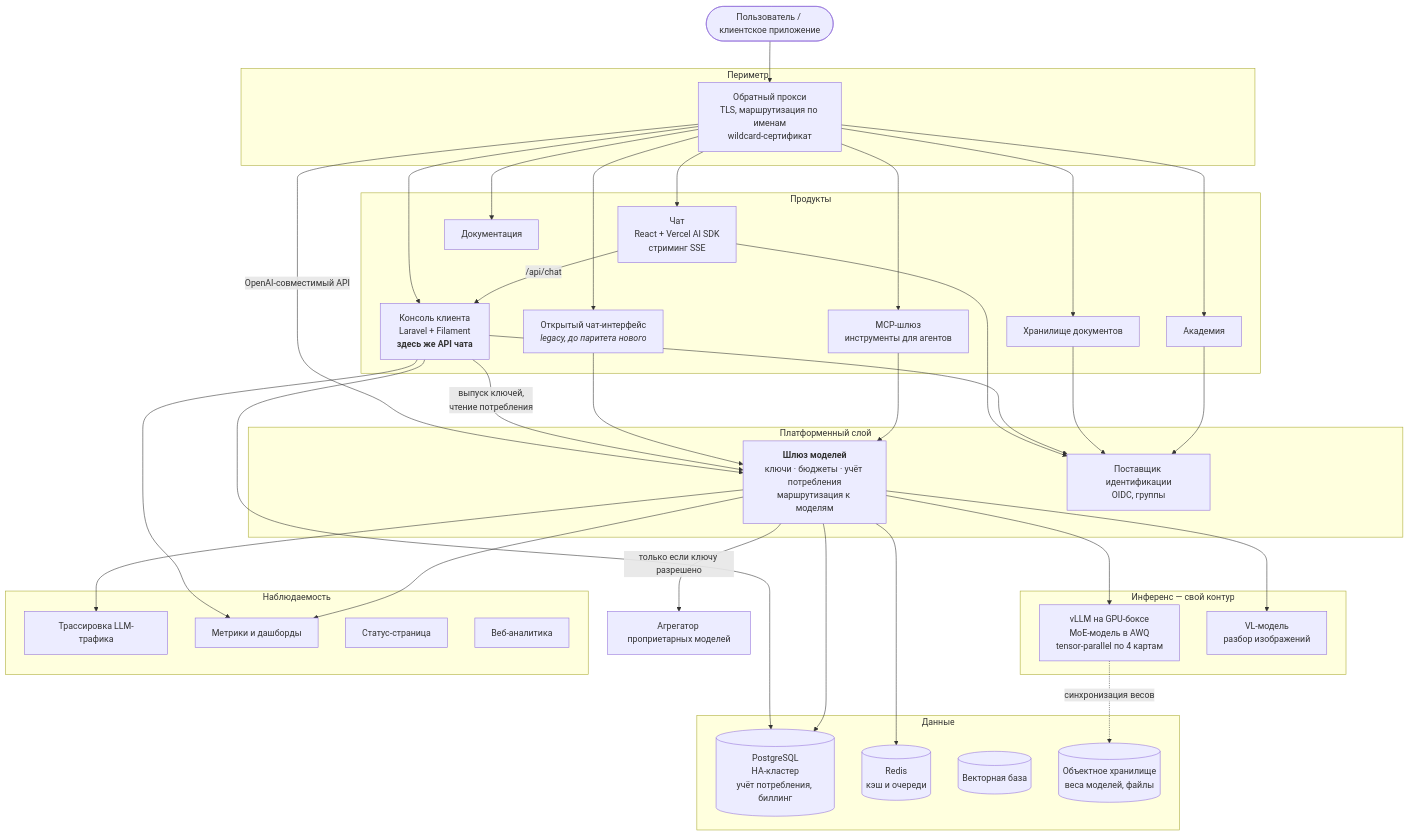
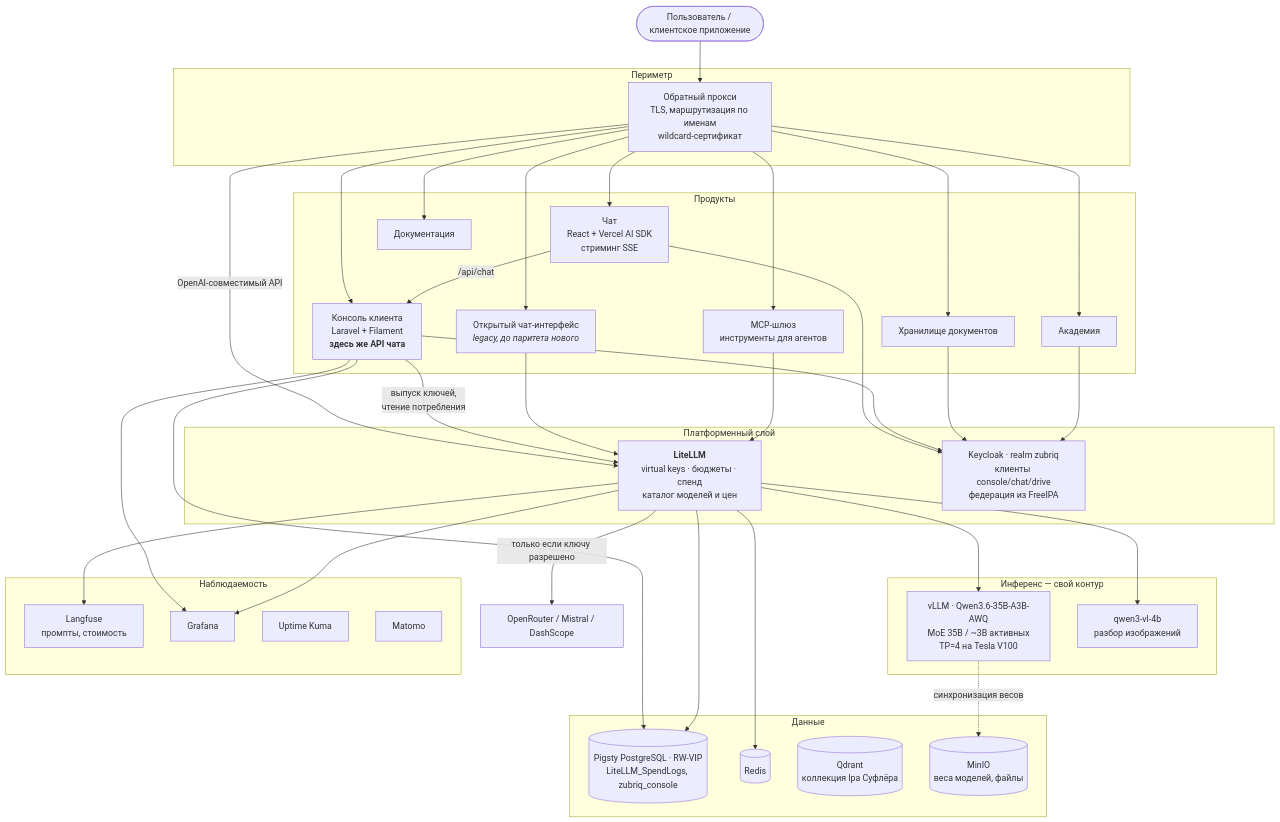
One commit to ZubikIT/ai-architect changed the second of 4 diagrams in zubriq-platform/docs/diagrams/c4.md. Above: the diagram before and after it, drawn with Mermaid. The commit also changed other lines of this file and 8 other files, not shown here.

````diff
--- a/zubriq-platform/docs/diagrams/c4.md
+++ b/zubriq-platform/docs/diagrams/c4.md
@@ -44,66 +44,66 @@
 ```mermaid
 flowchart TB
   user(["Пользователь / клиентское приложение"])
 
   subgraph edge["Периметр"]
     npm["Обратный прокси<br/>TLS, маршрутизация по именам<br/>wildcard-сертификат"]
   end
 
   subgraph products["Продукты"]
     chat["Чат<br/>React + Vercel AI SDK<br/>стриминг SSE"]
     console["Консоль клиента<br/>Laravel + Filament<br/><b>здесь же API чата</b>"]
     docs["Документация"]
     drive["Хранилище документов"]
     academy["Академия"]
     mcp["MCP-шлюз<br/>инструменты для агентов"]
     owui["Открытый чат-интерфейс<br/><i>legacy, до паритета нового</i>"]
   end
 
   subgraph platform["Платформенный слой"]
-    gw["<b>Шлюз моделей</b><br/>ключи · бюджеты · учёт потребления<br/>маршрутизация к моделям"]
-    kc["Поставщик идентификации<br/>OIDC, группы"]
+    gw["<b>LiteLLM</b><br/>virtual keys · бюджеты · спенд<br/>каталог моделей и цен"]
+    kc["Keycloak · realm zubriq<br/>клиенты console/chat/drive<br/>федерация из FreeIPA"]
   end
 
   subgraph inference["Инференс — свой контур"]
-    vllm["vLLM на GPU-боксе<br/>MoE-модель в AWQ<br/>tensor-parallel по 4 картам"]
-    vl["VL-модель<br/>разбор изображений"]
+    vllm["vLLM · Qwen3.6-35B-A3B-AWQ<br/>MoE 35B / ~3B активных<br/>TP=4 на Tesla V100"]
+    vl["qwen3-vl-4b<br/>разбор изображений"]
   end
 
   subgraph data["Данные"]
-    pg[("PostgreSQL<br/>HA-кластер<br/>учёт потребления, биллинг")]
-    redis[("Redis<br/>кэш и очереди")]
-    qdrant[("Векторная база")]
-    s3[("Объектное хранилище<br/>веса моделей, файлы")]
+    pg[("Pigsty PostgreSQL · RW-VIP<br/>LiteLLM_SpendLogs, zubriq_console")]
+    redis[("Redis")]
+    qdrant[("Qdrant<br/>коллекция lpa Суфлёра")]
+    s3[("MinIO<br/>веса моделей, файлы")]
   end
 
   subgraph obs["Наблюдаемость"]
-    lf["Трассировка LLM-трафика"]
-    graf["Метрики и дашборды"]
-    stat["Статус-страница"]
-    an["Веб-аналитика"]
+    lf["Langfuse<br/>промпты, стоимость"]
+    graf["Grafana"]
+    stat["Uptime Kuma"]
+    an["Matomo"]
   end
 
-  ext["Агрегатор проприетарных моделей"]
+  ext["OpenRouter / Mistral / DashScope"]
 
   user --> npm
   npm --> chat & console & docs & drive & academy & mcp & owui
   npm -->|"OpenAI-совместимый API"| gw
 
   chat -->|"/api/chat"| console
   console -->|"выпуск ключей,<br/>чтение потребления"| gw
   console --> pg
   owui --> gw
   mcp --> gw
 
   chat & console & drive & academy --> kc
 
   gw --> vllm
   gw --> vl
   gw -->|"только если ключу разрешено"| ext
   gw --> pg
   gw --> redis
 
   vllm -.->|"синхронизация весов"| s3
   gw --> lf
   console & gw --> graf
 ```
````
